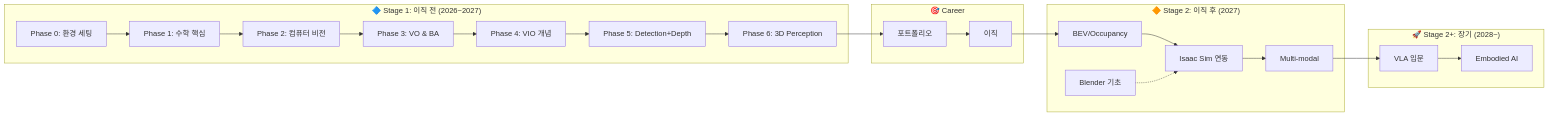
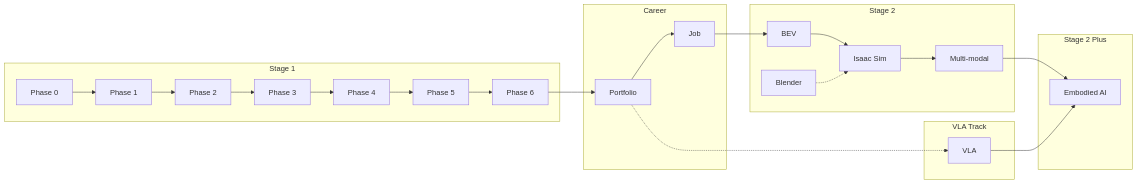
One commit to tylee-yeonge/physical-ai-study changed the diagram in README.md. Above: the diagram before and after it, drawn with Mermaid. The commit also changed other lines of this file and 236 other files, not shown here.

First line of the commit message:
refactor: compress Phase 3-4 roadmap and restructure study materials

````diff
--- a/README.md
+++ b/README.md
@@ -11,35 +11,40 @@
 ```mermaid
 graph LR
-    subgraph Stage1["🔷 Stage 1: 이직 전 (2026~2027)"]
-        P0[Phase 0: 환경 세팅]
-        P1[Phase 1: 수학 핵심]
-        P2[Phase 2: 컴퓨터 비전]
-        P3["Phase 3: VO & BA"]
-        P4["Phase 4: VIO 개념"]
-        P5[Phase 5: Detection+Depth]
-        P6[Phase 6: 3D Perception]
+    subgraph Stage1[Stage 1]
+        P0[Phase 0]
+        P1[Phase 1]
+        P2[Phase 2]
+        P3[Phase 3]
+        P4[Phase 4]
+        P5[Phase 5]
+        P6[Phase 6]
     end
 
-    subgraph Career["🎯 Career"]
-        Portfolio[포트폴리오]
-        Job[이직]
+    subgraph Career[Career]
+        Portfolio[Portfolio]
+        Job[Job]
     end
 
-    subgraph Stage2["🔶 Stage 2: 이직 후 (2027)"]
-        BEV[BEV/Occupancy]
-        Blender[Blender 기초]
-        Isaac[Isaac Sim 연동]
+    subgraph Stage2[Stage 2]
+        BEV[BEV]
+        Blender[Blender]
+        Isaac[Isaac Sim]
         Multi[Multi-modal]
     end
 
-    subgraph Stage2Plus["🚀 Stage 2+: 장기 (2028~)"]
-        VLA[VLA 입문]
+    subgraph VLATrack[VLA Track]
+        VLA[VLA]
+    end
+
+    subgraph Stage2Plus[Stage 2 Plus]
         Embodied[Embodied AI]
     end
 
     P0 --> P1 --> P2 --> P3 --> P4 --> P5 --> P6
     P6 --> Portfolio --> Job
+    Portfolio -.-> VLA
     Job --> BEV --> Isaac --> Multi
     Blender -.-> Isaac
-    Multi --> VLA --> Embodied
+    Multi --> Embodied
+    VLA --> Embodied
 ```
````
